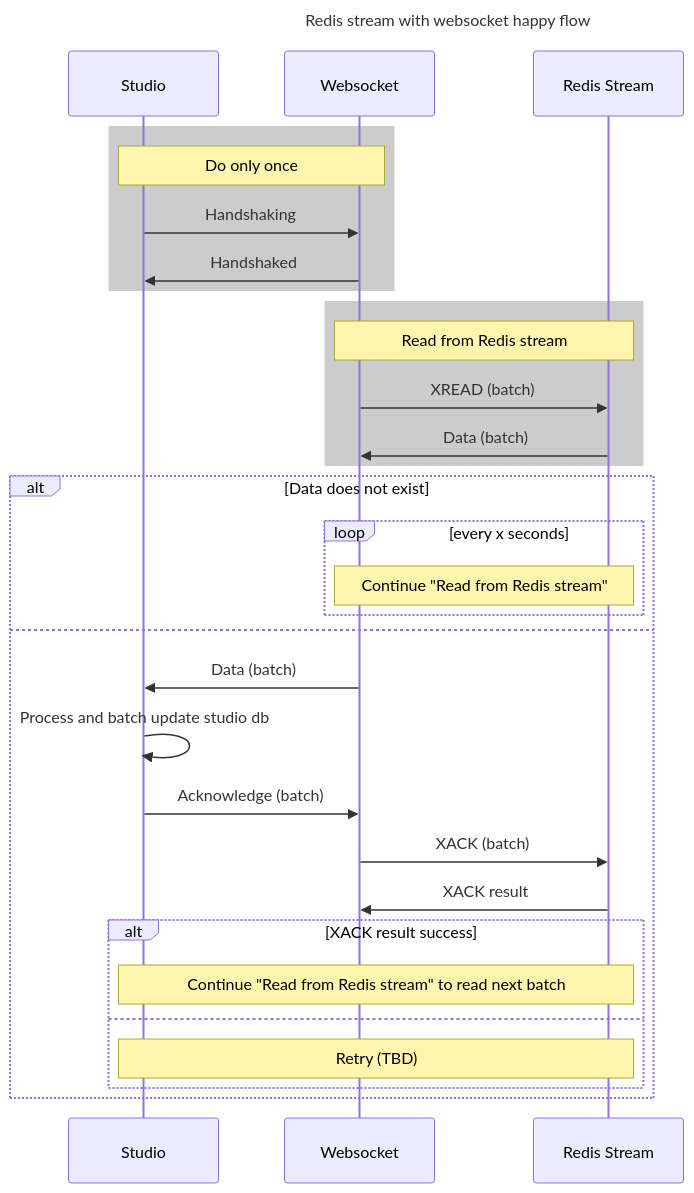
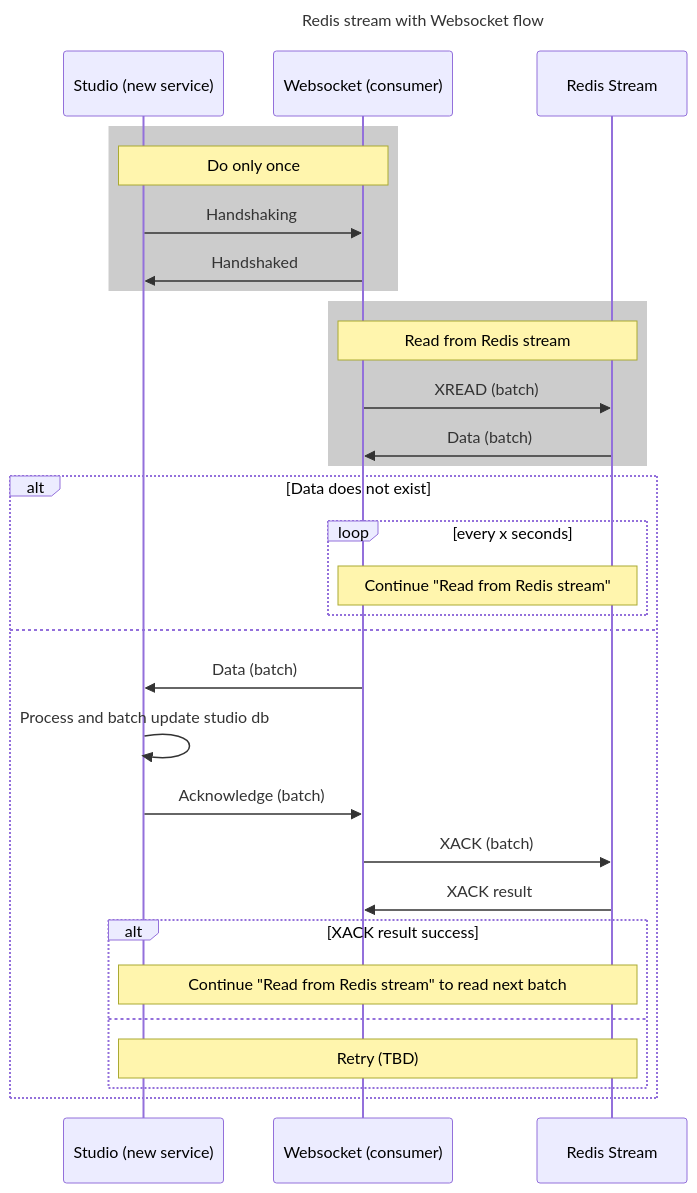
Before and after one commit to gutakk/redis-stream-test: the diagram in flow.md, drawn with Mermaid.

Commit message:
Update flow

````diff
--- a/flow.md
+++ b/flow.md
@@ -1,38 +1,38 @@
 ```mermaid
 sequenceDiagram
-  title: Redis stream with websocket happy flow
+  title: Redis stream with Websocket flow
 
-  participant S as Studio
-  participant W as Websocket
+  participant S as Studio (new service)
+  participant W as Websocket (consumer)
   Participant R as Redis Stream
 
   rect rgba(0, 0, 0, 0.2)
     Note over S,W: Do only once
     S->>W: Handshaking
     W->>S: Handshaked
   end
 
   rect rgba(0, 0, 0, 0.2)
     Note over W,R: Read from Redis stream
     W->>R: XREAD (batch)
     R->>W: Data (batch)
   end
 
   alt Data does not exist
     loop every x seconds
       Note over W,R: Continue "Read from Redis stream"
     end
   else
     W->>S: Data (batch)
     S->>S: Process and batch update studio db
     S->>W: Acknowledge (batch)
     W->>R: XACK (batch)
     R->>W: XACK result
 
     alt XACK result success
       Note over S,R: Continue "Read from Redis stream" to read next batch
     else
       Note over S,R: Retry (TBD)
     end
   end
 ```
````
